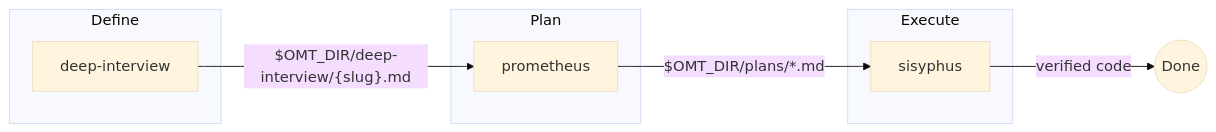
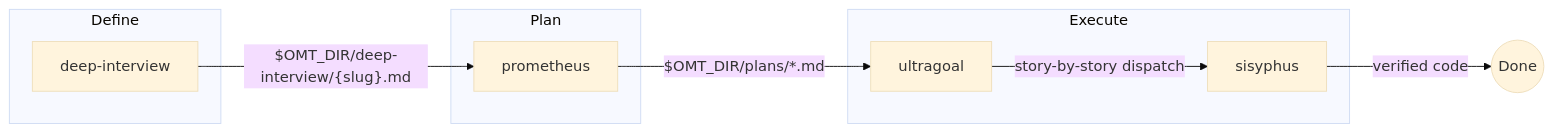
Before and after one commit to toongri/oh-my-toong-playground: the first of 4 diagrams in docs/skills/core-pipeline.en.md, drawn with Mermaid (base theme). The commit also changed other lines of this file and 2 other files, not shown here.

````diff
--- a/docs/skills/core-pipeline.en.md
+++ b/docs/skills/core-pipeline.en.md
@@ -44,16 +44,18 @@
 ```mermaid
 flowchart LR
     subgraph Define
         deep["deep-interview"]
     end
     subgraph Plan
         prometheus["prometheus"]
     end
     subgraph Execute
+        ultragoal["ultragoal"]
         sisyphus["sisyphus"]
     end
 
     deep -->|"$OMT_DIR/deep-interview/{slug}.md"| prometheus
-    prometheus -->|"$OMT_DIR/plans/*.md"| sisyphus
+    prometheus -->|"$OMT_DIR/plans/*.md"| ultragoal
+    ultragoal -->|"story-by-story dispatch"| sisyphus
     sisyphus -->|"verified code"| Done((Done))
 ```
````
